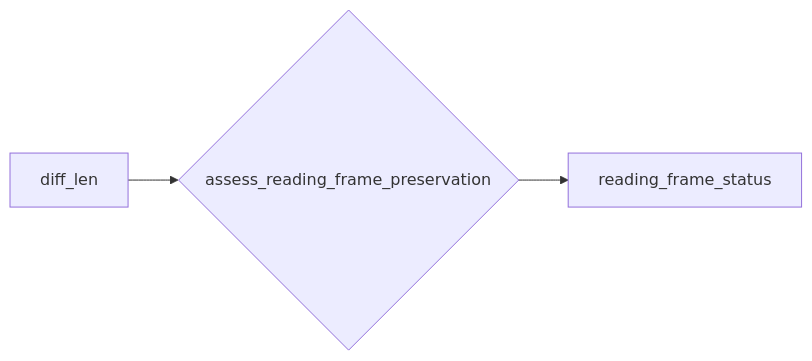
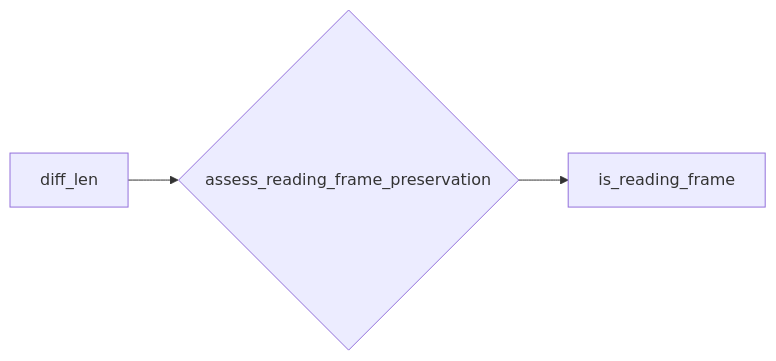
One commit to akatzke/HerediClassify changed diagram 21 of 30 in Software_design/Mermaid.org. Above: the diagram before and after it, drawn with Mermaid. The commit also changed other lines of this file and 8 other files, not shown here.

```diff
--- a/Software_design/Mermaid.org
+++ b/Software_design/Mermaid.org
@@ -321,5 +385,5 @@
 #+begin_src mermaid :file pvs1_assess_reading_frame.png
 flowchart LR
    diff_len --> arfp{assess_reading_frame_preservation}
-   arfp --> reading_frame_status
+   arfp --> is_reading_frame
 #+end_src
```
